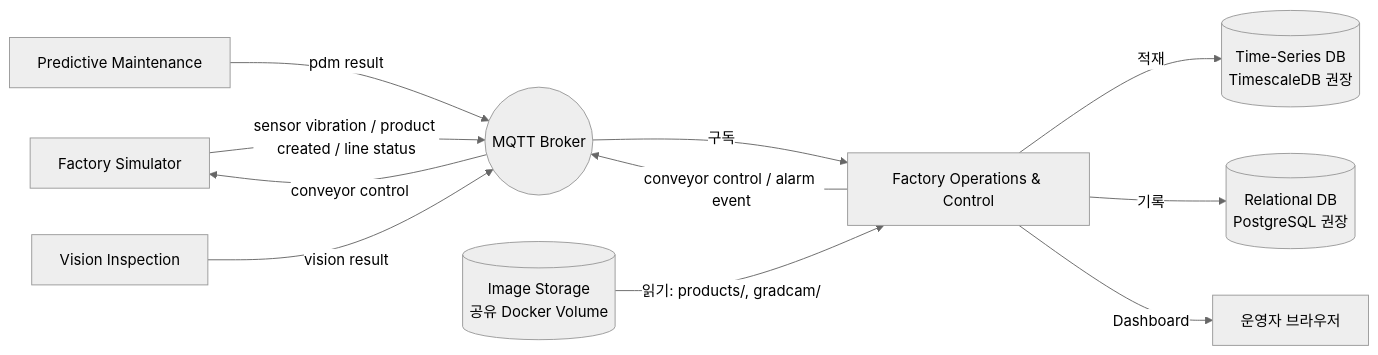
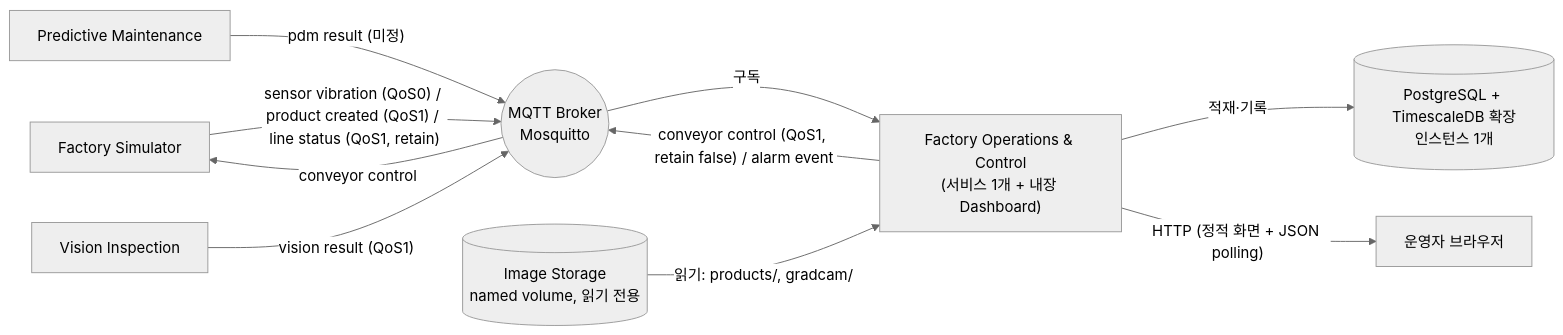
Before and after one commit to dltndn-personal-project/smart-factory-operations: the first of 5 diagrams in docs/ARCHITECTURE.md, drawn with Mermaid (neutral theme). The commit also changed other lines of this file, not shown here.

````diff
--- a/docs/ARCHITECTURE.md
+++ b/docs/ARCHITECTURE.md
@@ -82,23 +80,21 @@
 ```mermaid
 flowchart LR
     SIM["Factory Simulator"]
     PDM["Predictive Maintenance"]
     VIS["Vision Inspection"]
-    BRK(("MQTT Broker"))
-    OPS["Factory Operations & Control"]
-    TSDB[("Time-Series DB<br/>TimescaleDB 권장")]
-    RDB[("Relational DB<br/>PostgreSQL 권장")]
-    IMG[("Image Storage<br/>공유 Docker Volume")]
+    BRK(("MQTT Broker<br/>Mosquitto"))
+    OPS["Factory Operations & Control<br/>(서비스 1개 + 내장 Dashboard)"]
+    DB[("PostgreSQL + TimescaleDB 확장<br/>인스턴스 1개")]
+    IMG[("Image Storage<br/>named volume, 읽기 전용")]
     USER["운영자 브라우저"]
 
-    SIM -- "sensor vibration / product created / line status" --> BRK
-    PDM -- "pdm result" --> BRK
-    VIS -- "vision result" --> BRK
+    SIM -- "sensor vibration (QoS0) / product created (QoS1) / line status (QoS1, retain)" --> BRK
+    PDM -- "pdm result (미정)" --> BRK
+    VIS -- "vision result (QoS1)" --> BRK
     BRK -- "구독" --> OPS
-    OPS -- "conveyor control / alarm event" --> BRK
+    OPS -- "conveyor control (QoS1, retain false) / alarm event" --> BRK
     BRK -- "conveyor control" --> SIM
-    OPS -- "적재" --> TSDB
-    OPS -- "기록" --> RDB
+    OPS -- "적재·기록" --> DB
     IMG -- "읽기: products/, gradcam/" --> OPS
-    OPS -- "Dashboard" --> USER
+    OPS -- "HTTP (정적 화면 + JSON polling)" --> USER
 ```
````
